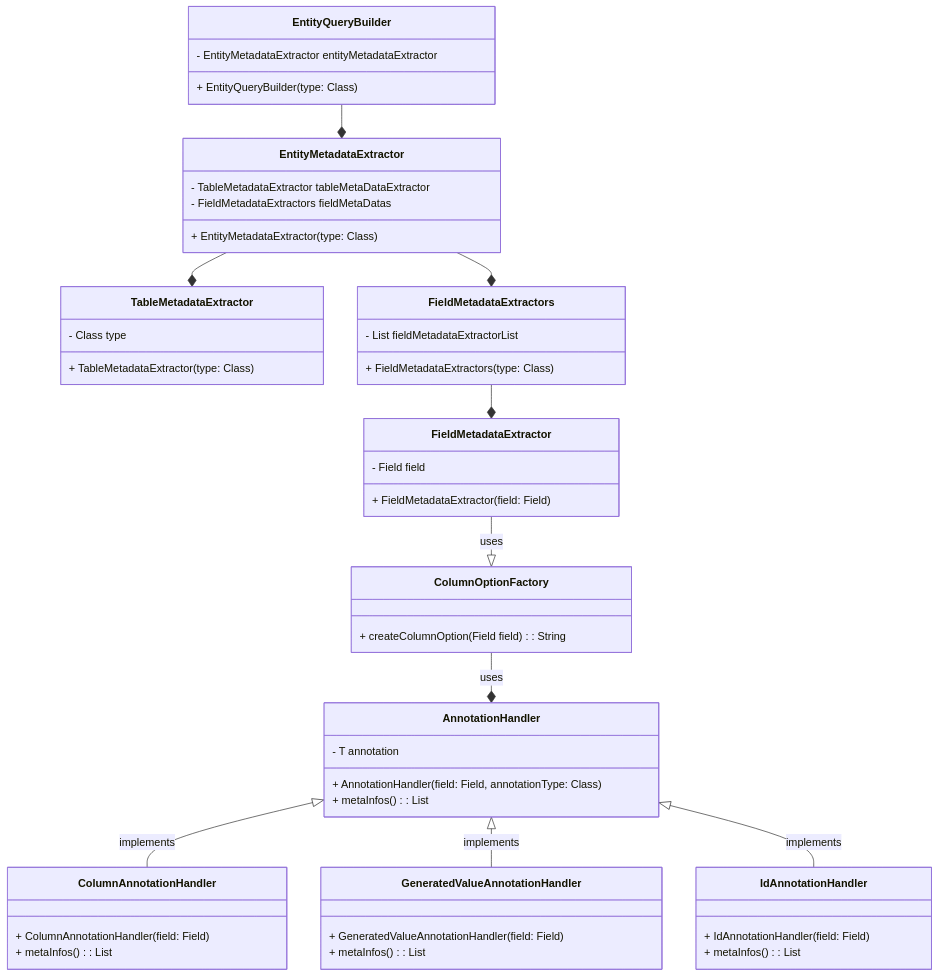
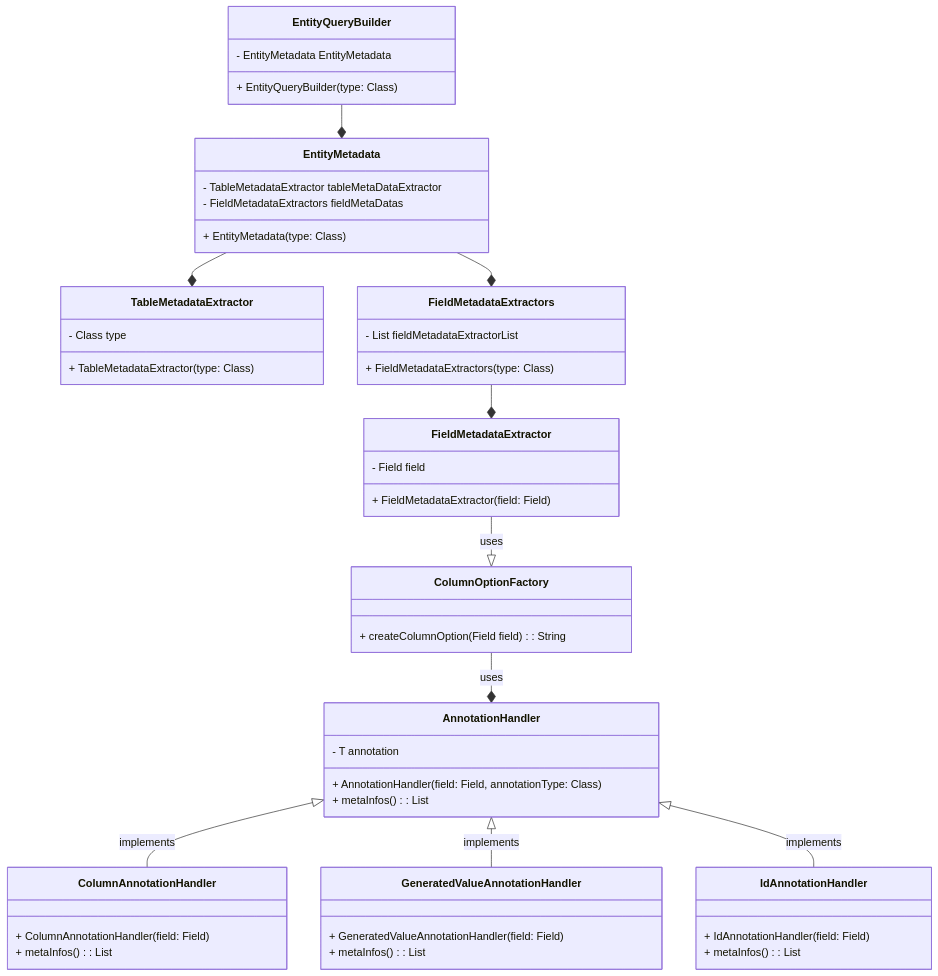
The diagram in README.md (next-step/jpa-query-builder), drawn with Mermaid before and after one commit. The commit also changed 7 other files, not shown here.

````diff
--- a/README.md
+++ b/README.md
@@ -5,54 +5,54 @@
 ```mermaid
 classDiagram
     class EntityQueryBuilder {
-        - EntityMetadataExtractor entityMetadataExtractor
+        - EntityMetadata EntityMetadata
         + EntityQueryBuilder(type: Class<?>)
     }
-    class EntityMetadataExtractor {
+    class EntityMetadata {
         - TableMetadataExtractor tableMetaDataExtractor
         - FieldMetadataExtractors fieldMetaDatas
-        + EntityMetadataExtractor(type: Class<?>)
+        + EntityMetadata(type: Class<?>)
     }
     class TableMetadataExtractor {
         - Class<?> type
         + TableMetadataExtractor(type: Class<?>)
     }
     class FieldMetadataExtractors {
         - List<FieldMetadataExtractor> fieldMetadataExtractorList
         + FieldMetadataExtractors(type: Class<?>)
     }
     class FieldMetadataExtractor {
         - Field field
         + FieldMetadataExtractor(field: Field)
     }
     class ColumnOptionFactory {
         + createColumnOption(Field field): String
     }
     class AnnotationHandler {
         - T annotation
         + AnnotationHandler(field: Field, annotationType: Class<T>)
         + metaInfos(): List<ColumnOption>
     }
     class ColumnAnnotationHandler {
         + ColumnAnnotationHandler(field: Field)
         + metaInfos(): List<ColumnOption>
     }
     class GeneratedValueAnnotationHandler {
         + GeneratedValueAnnotationHandler(field: Field)
         + metaInfos(): List<ColumnOption>
     }
     class IdAnnotationHandler {
         + IdAnnotationHandler(field: Field)
         + metaInfos(): List<ColumnOption>
     }
     
-    EntityQueryBuilder --* EntityMetadataExtractor
-    EntityMetadataExtractor --* TableMetadataExtractor
-    EntityMetadataExtractor --* FieldMetadataExtractors
+    EntityQueryBuilder --* EntityMetadata
+    EntityMetadata --* TableMetadataExtractor
+    EntityMetadata --* FieldMetadataExtractors
     FieldMetadataExtractors --* FieldMetadataExtractor
     FieldMetadataExtractor --|> ColumnOptionFactory : uses
     ColumnOptionFactory --* AnnotationHandler : uses
     AnnotationHandler <|-- ColumnAnnotationHandler : implements
     AnnotationHandler <|-- GeneratedValueAnnotationHandler : implements
     AnnotationHandler <|-- IdAnnotationHandler : implements
 ```
````
